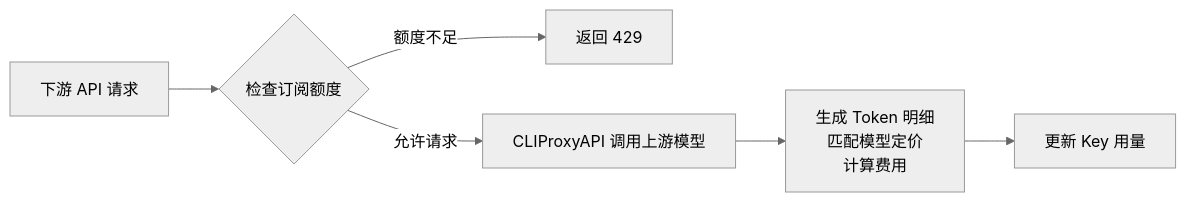
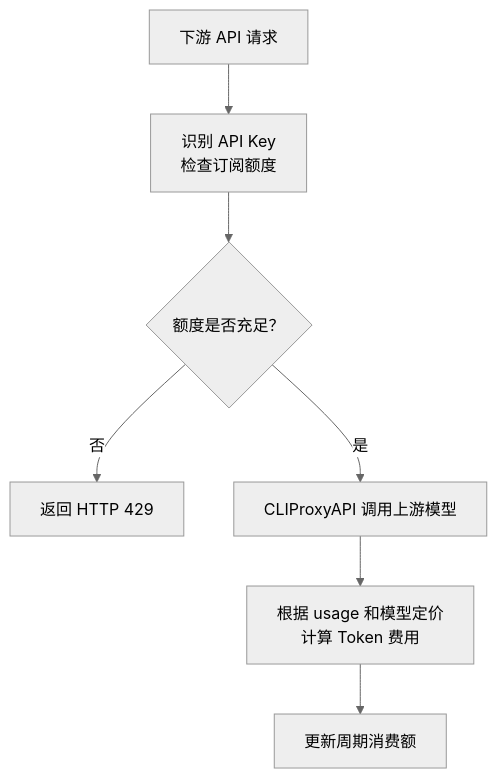
Before and after one commit to haowang02/cpa-plugin-key-billing: the diagram in README.md, drawn with Mermaid (neutral theme). The commit also changed other lines of this file, not shown here.

Commit message:
chore: update flowchart

````diff
--- a/README.md
+++ b/README.md
@@ -15,8 +15,9 @@
 ```mermaid
-flowchart LR
-    A[下游 API 请求] --> B{检查订阅额度}
-    B -- 额度不足 --> C[返回 429]
-    B -- 允许请求 --> D[CLIProxyAPI 调用上游模型]
-    D --> E[生成 Token 明细\n匹配模型定价\n计算费用]
-    E --> F[更新 Key 用量]
+flowchart TD
+    A[下游 API 请求] --> B[识别 API Key<br/>检查订阅额度]
+    B --> C{额度是否充足？}
+    C -- 否 --> D[返回 HTTP 429]
+    C -- 是 --> E[CLIProxyAPI 调用上游模型]
+    E --> F[根据 usage 和模型定价<br/>计算 Token 费用]
+    F --> G[更新周期消费额]
 ```
````
